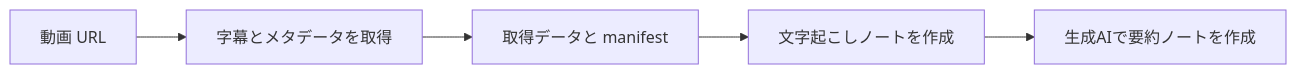
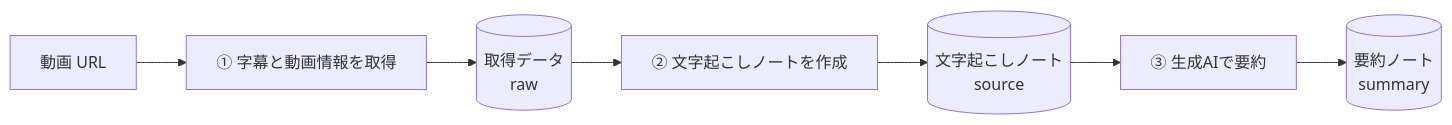
Before and after one commit to tuckn/tkn_youtube_note_pipeline: the first of 5 diagrams in README.md, drawn with Mermaid. The commit also changed other lines of this file, not shown here.

````diff
--- a/README.md
+++ b/README.md
@@ -44,7 +49,9 @@
 ```mermaid
 flowchart LR
-    URL["動画 URL"] --> Acquire["字幕とメタデータを取得"]
-    Acquire --> Raw["取得データと manifest"]
-    Raw --> Source["文字起こしノートを作成"]
-    Source --> Summary["生成AIで要約ノートを作成"]
+    URL["動画 URL"] --> Acquire["① 字幕と動画情報を取得"]
+    Acquire --> Raw[("取得データ<br>raw")]
+    Raw --> Source["② 文字起こしノートを作成"]
+    Source --> SourceNote[("文字起こしノート<br>source")]
+    SourceNote --> Summary["③ 生成AIで要約"]
+    Summary --> SummaryNote[("要約ノート<br>summary")]
 ```
````
